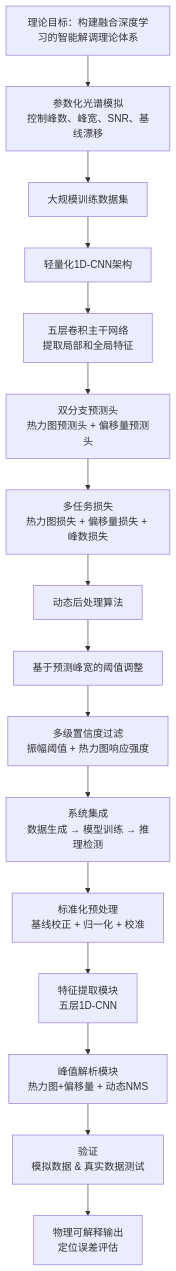
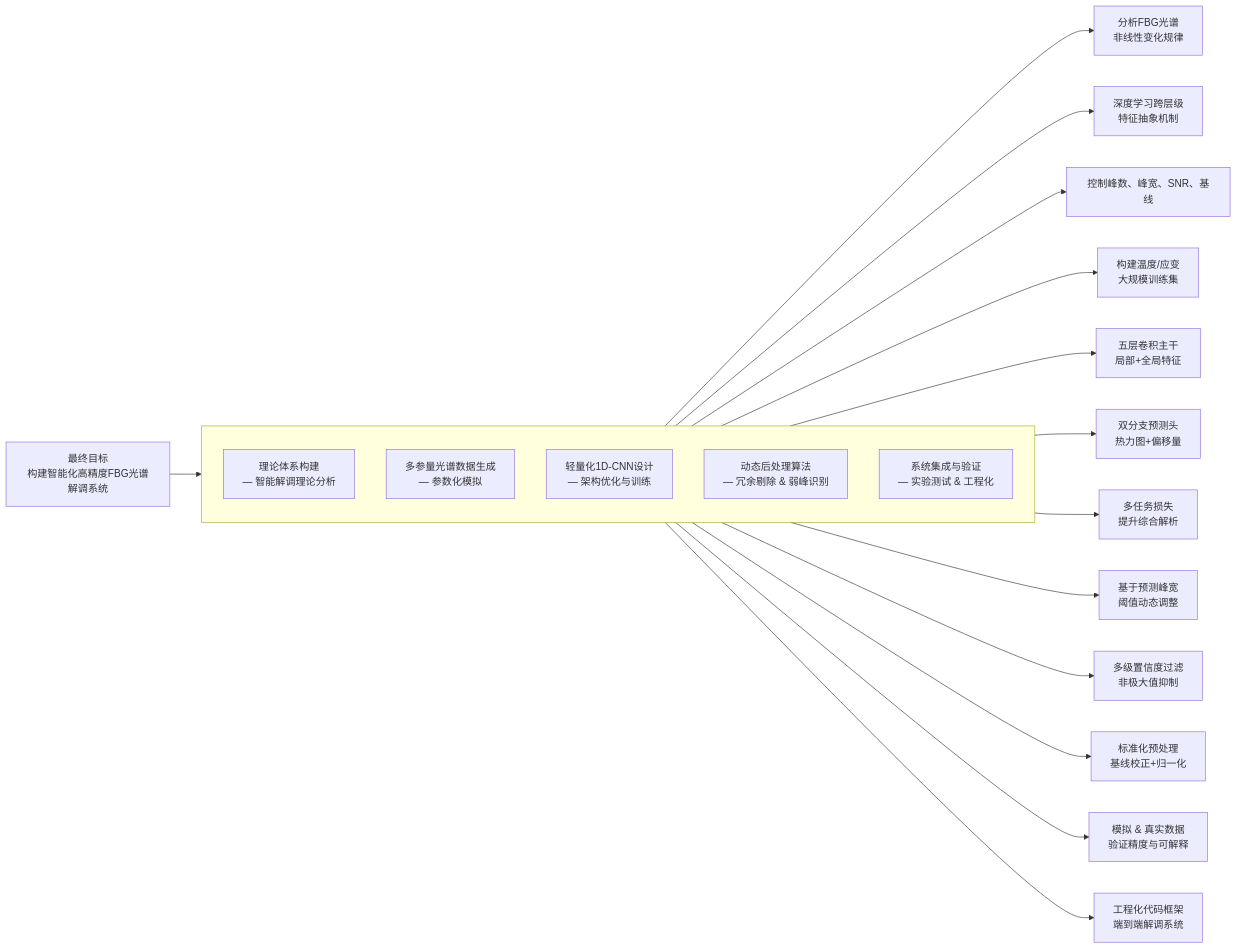
One commit to Chaccccccc/iodraw-files changed the diagram in all/未命名-1.md. Above: the diagram before and after it, drawn with Mermaid.

Commit message:
2025-05-24 12:35:19 update

````diff
--- a/all/未命名-1.md
+++ b/all/未命名-1.md
@@ -1,45 +1,37 @@
 ```mermaid
-flowchart TB
-  %% 理论目标
-  A[理论目标：构建融合深度学习的智能解调理论体系]
+flowchart LR
+    %% 总目标
+    A[最终目标<br/>构建智能化高精度FBG光谱解调系统]
+    
+    %% 关键模块
+    subgraph Modules [ ]
+        direction TB
+        B1[理论体系构建<br/>— 智能解调理论分析]
+        B2[多参量光谱数据生成<br/>— 参数化模拟]
+        B3[轻量化1D-CNN设计<br/>— 架构优化与训练]
+        B4[动态后处理算法<br/>— 冗余剔除 & 弱峰识别]
+        B5[系统集成与验证<br/>— 实验测试 & 工程化]
+    end
 
-  %% 数据生成模块
-  B1[参数化光谱模拟<br/>控制峰数、峰宽、SNR、基线漂移]
-  B1 --> B2[大规模训练数据集]
+    %% 连接
+    A --> Modules
 
-  %% 模型设计模块
-  C1[轻量化1D-CNN架构]
-  C2[五层卷积主干网络<br/>提取局部和全局特征]
-  C3[双分支预测头<br/>热力图预测头 + 偏移量预测头]
-  C4[多任务损失<br/>热力图损失 + 偏移量损失 + 峰数损失]
-  C1 --> C2
-  C2 --> C3
-  C3 --> C4
+    %% 子任务分解
+    B1 --> C11[分析FBG光谱<br/>非线性变化规律]
+    B1 --> C12[深度学习跨层级<br/>特征抽象机制]
+    
+    B2 --> C21[控制峰数、峰宽、SNR、基线]
+    B2 --> C22[构建温度/应变<br/>大规模训练集]
 
-  %% 后处理模块
-  D1[动态后处理算法]
-  D2[基于预测峰宽的阈值调整]
-  D3[多级置信度过滤<br/>振幅阈值 + 热力图响应强度]
-  D1 --> D2
-  D2 --> D3
+    B3 --> C31[五层卷积主干<br/>局部+全局特征]
+    B3 --> C32[双分支预测头<br/>热力图+偏移量]
+    B3 --> C33[多任务损失<br/>提升综合解析]
 
-  %% 系统实现
-  E1[系统集成<br/>数据生成 → 模型训练 → 推理检测]
-  E2[标准化预处理<br/>基线校正 + 归一化 + 校准]
-  E3[特征提取模块<br/>五层1D-CNN]
-  E4[峰值解析模块<br/>热力图+偏移量 + 动态NMS]
-  E5[验证<br/>模拟数据 & 真实数据测试]
-  E6[物理可解释输出<br/>定位误差评估]
-  E1 --> E2
-  E2 --> E3
-  E3 --> E4
-  E4 --> E5
-  E5 --> E6
+    B4 --> C41[基于预测峰宽<br/>阈值动态调整]
+    B4 --> C42[多级置信度过滤<br/>非极大值抑制]
 
-  %% 整体流程
-  A --> B1
-  B2 --> C1
-  C4 --> D1
-  D3 --> E1
+    B5 --> C51[标准化预处理<br/>基线校正+归一化]
+    B5 --> C52[模拟 & 真实数据<br/>验证精度与可解释]
+    B5 --> C53[工程化代码框架<br/>端到端解调系统]
 
 ```
````
